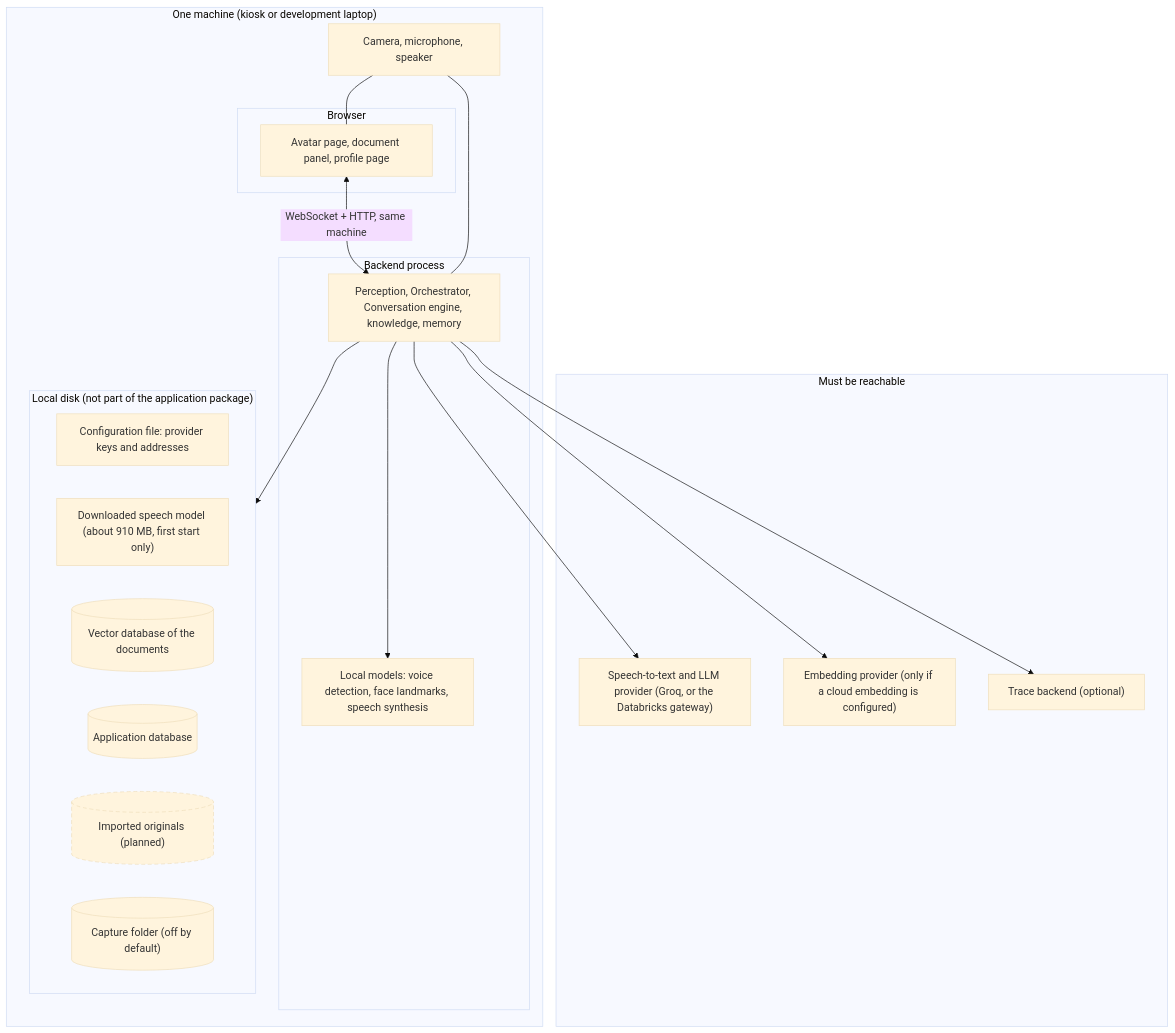
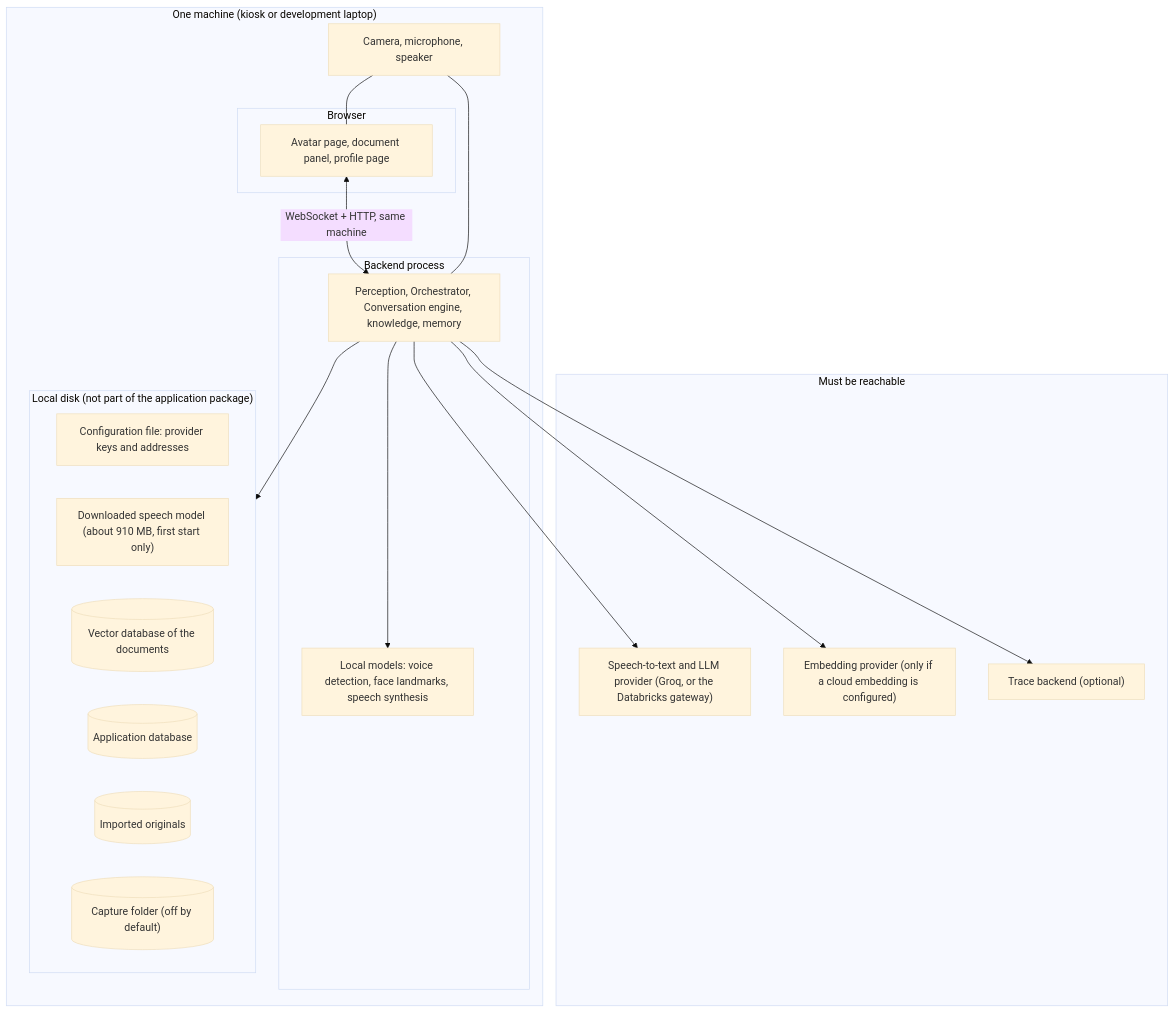
Before and after one commit to Learnheart/Avatar_AI: the ninth of 9 diagrams in docs/ARCHITECTURE.md, drawn with Mermaid (base theme). The commit also changed other lines of this file and 7 other files, not shown here.

````diff
--- a/docs/ARCHITECTURE.md
+++ b/docs/ARCHITECTURE.md
@@ -528,39 +530,36 @@
 ```mermaid
 flowchart TB
     subgraph MACHINE["One machine (kiosk or development laptop)"]
         subgraph BROWSER["Browser"]
             page["Avatar page, document panel, profile page"]
         end
         subgraph PROC["Backend process"]
             app["Perception, Orchestrator, Conversation engine, knowledge, memory"]
             local["Local models: voice detection, face landmarks, speech synthesis"]
         end
         subgraph DISK["Local disk (not part of the application package)"]
             cfg["Configuration file: provider keys and addresses"]
             weights["Downloaded speech model (about 910 MB, first start only)"]
             kdb[("Vector database of the documents")]
             appdb[("Application database")]
-            objects[("Imported originals (planned)")]
+            objects[("Imported originals")]
             cap[("Capture folder (off by default)")]
         end
         cam["Camera, microphone, speaker"]
     end
 
     subgraph NET["Must be reachable"]
         providers["Speech-to-text and LLM provider (Groq, or the Databricks gateway)"]
         emb["Embedding provider (only if a cloud embedding is configured)"]
         otlp["Trace backend (optional)"]
     end
 
     page <-->|"WebSocket + HTTP, same machine"| app
     cam --- page
     cam --- app
     app --> local
     app --> DISK
     app --> providers
     app --> emb
     app --> otlp
-
-    classDef planned stroke-dasharray: 6 4
-    class objects planned
 ```
````
